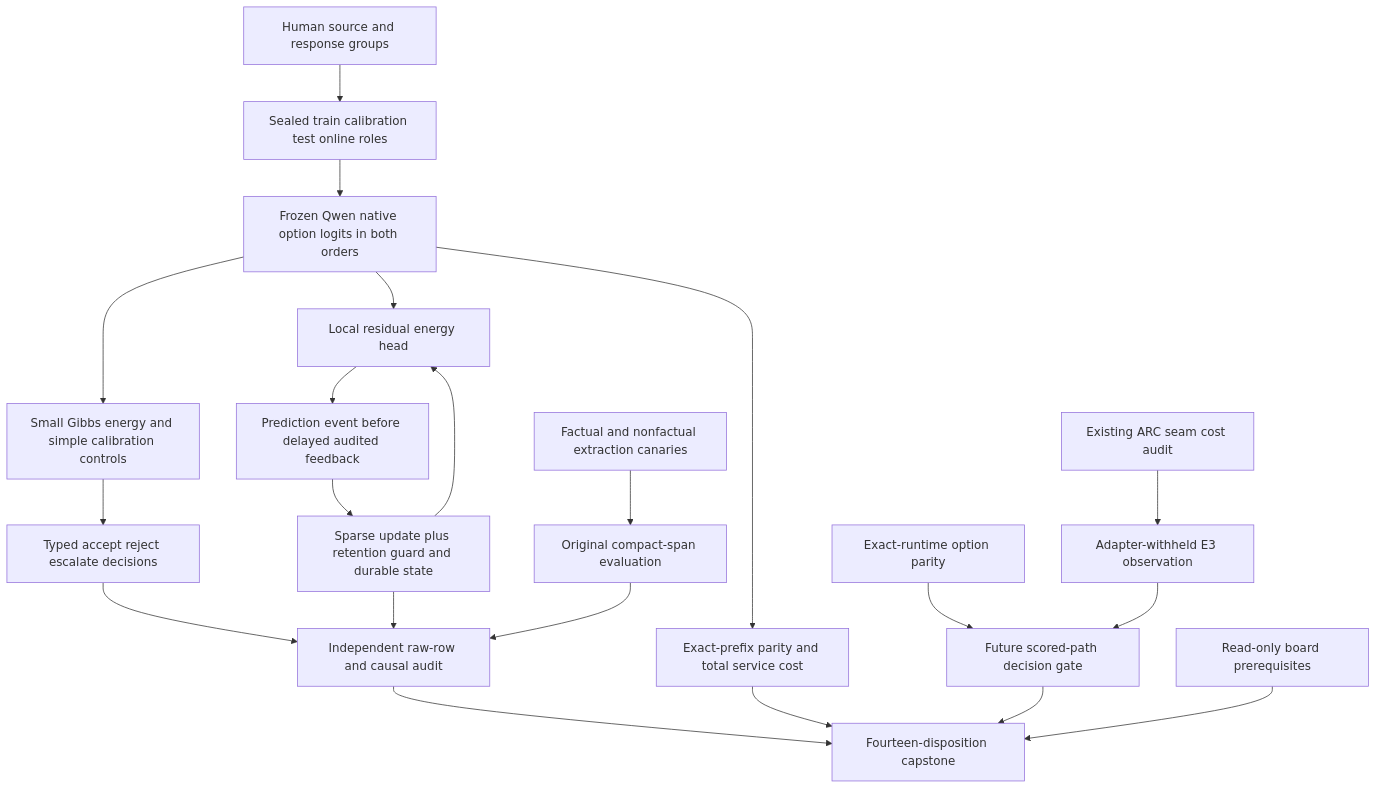
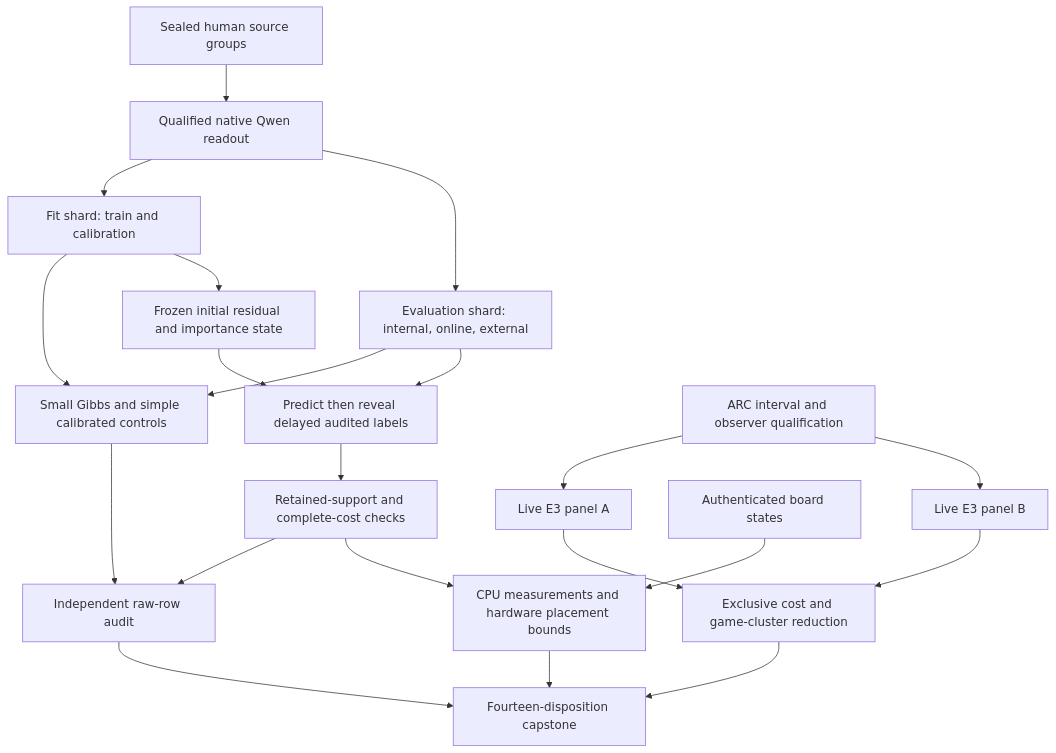
One commit to Carnot-EBM/carnot-ebm changed the first of 2 diagrams in openspec/change-proposals/research-roadmap-vNEXT.md. Above: the diagram before and after it, drawn with Mermaid. The commit also changed other lines of this file and 15 other files, not shown here.

````diff
--- a/openspec/change-proposals/research-roadmap-vNEXT.md
+++ b/openspec/change-proposals/research-roadmap-vNEXT.md
@@ -87,23 +95,23 @@
 ```mermaid
 flowchart TD
-    S[Human source and response groups] --> P[Sealed train calibration test online roles]
-    P --> Q[Frozen Qwen native option logits in both orders]
-    Q --> E[Small Gibbs energy and simple calibration controls]
-    E --> D[Typed accept reject escalate decisions]
-    Q --> R[Local residual energy head]
-    R --> L[Prediction event before delayed audited feedback]
-    L --> U[Sparse update plus retention guard and durable state]
-    U --> R
-    D --> A[Independent raw-row and causal audit]
-    U --> A
-    X[Factual and nonfactual extraction canaries] --> C[Original compact-span evaluation]
-    C --> A
-    E0[Exact-runtime option parity] --> K[Future scored-path decision gate]
-    E6[Existing ARC seam cost audit] --> ARC[Adapter-withheld E3 observation]
-    ARC --> K
-    Q --> H[Exact-prefix parity and total service cost]
-    A --> Z[Fourteen-disposition capstone]
-    H --> Z
-    K --> Z
-    B[Read-only board prerequisites] --> Z
+    H[Sealed human source groups] --> Q[Qualified native Qwen readout]
+    Q --> F[Fit shard: train and calibration]
+    Q --> E[Evaluation shard: internal, online, external]
+    F --> G[Small Gibbs and simple calibrated controls]
+    E --> G
+    F --> I[Frozen initial residual and importance state]
+    I --> L[Predict then reveal delayed audited labels]
+    E --> L
+    L --> R[Retained-support and complete-cost checks]
+    G --> A[Independent raw-row audit]
+    R --> A
+    T[ARC interval and observer qualification] --> X[Live E3 panel A]
+    T --> Y[Live E3 panel B]
+    X --> U[Exclusive cost and game-cluster reduction]
+    Y --> U
+    R --> P[CPU measurements and hardware placement bounds]
+    B[Authenticated board states] --> P
+    A --> C[Fourteen-disposition capstone]
+    U --> C
+    P --> C
 ```
````
